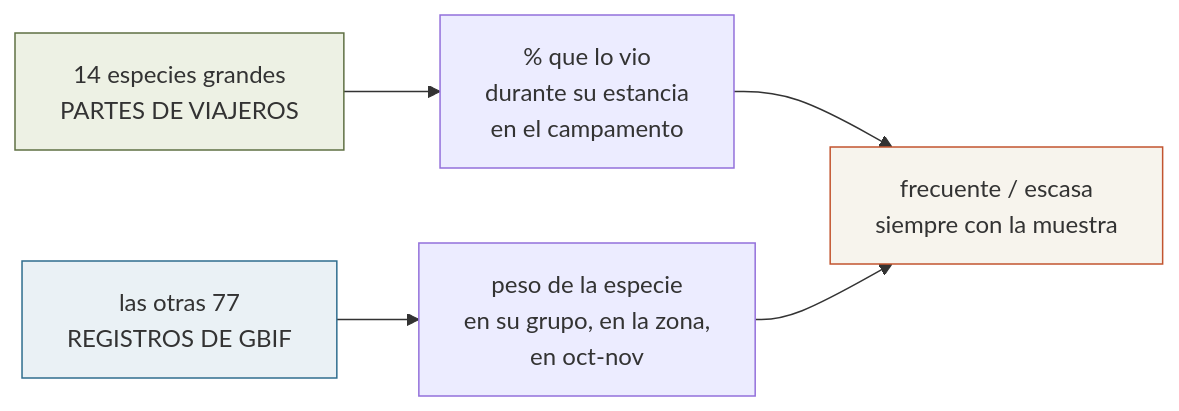
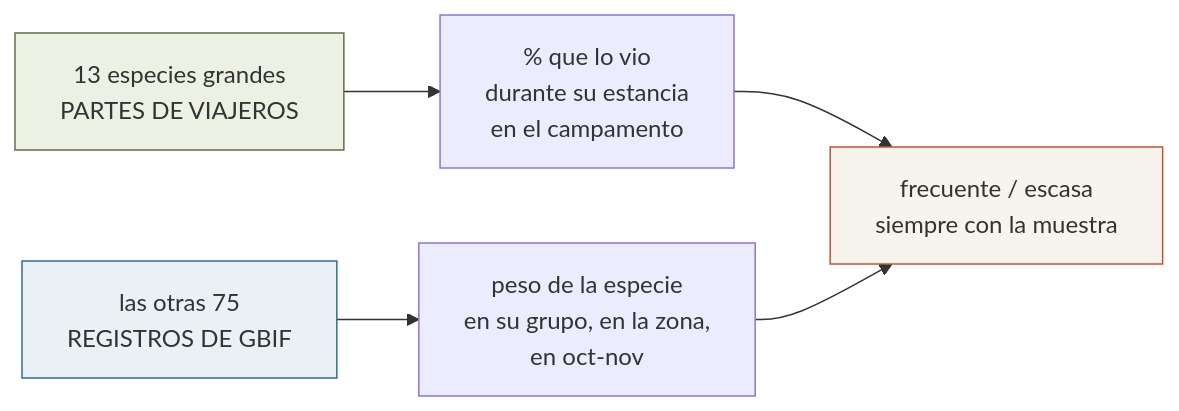
Before and after one commit to morandeirachema/namibia: the diagram in 09-fauna-etosha.md, drawn with Mermaid. The commit also changed other lines of this file and 23 other files, not shown here.

````diff
--- a/09-fauna-etosha.md
+++ b/09-fauna-etosha.md
@@ -42,10 +43,10 @@
 ```mermaid
 flowchart LR
-    A["14 especies grandes<br/>PARTES DE VIAJEROS"] --> A1["% que lo vio<br/>durante su estancia<br/>en el campamento"]
-    B["las otras 77<br/>REGISTROS DE GBIF"] --> B1["peso de la especie<br/>en su grupo, en la zona,<br/>en oct-nov"]
+    A["13 especies grandes<br/>PARTES DE VIAJEROS"] --> A1["% que lo vio<br/>durante su estancia<br/>en el campamento"]
+    B["las otras 75<br/>REGISTROS DE GBIF"] --> B1["peso de la especie<br/>en su grupo, en la zona,<br/>en oct-nov"]
     A1 --> C["frecuente / escasa<br/>siempre con la muestra"]
     B1 --> C
     style A fill:#EDF1E4,stroke:#5F7043
     style B fill:#EAF1F5,stroke:#2F6E8E
     style C fill:#F7F4ED,stroke:#C2542F
 ```
````
